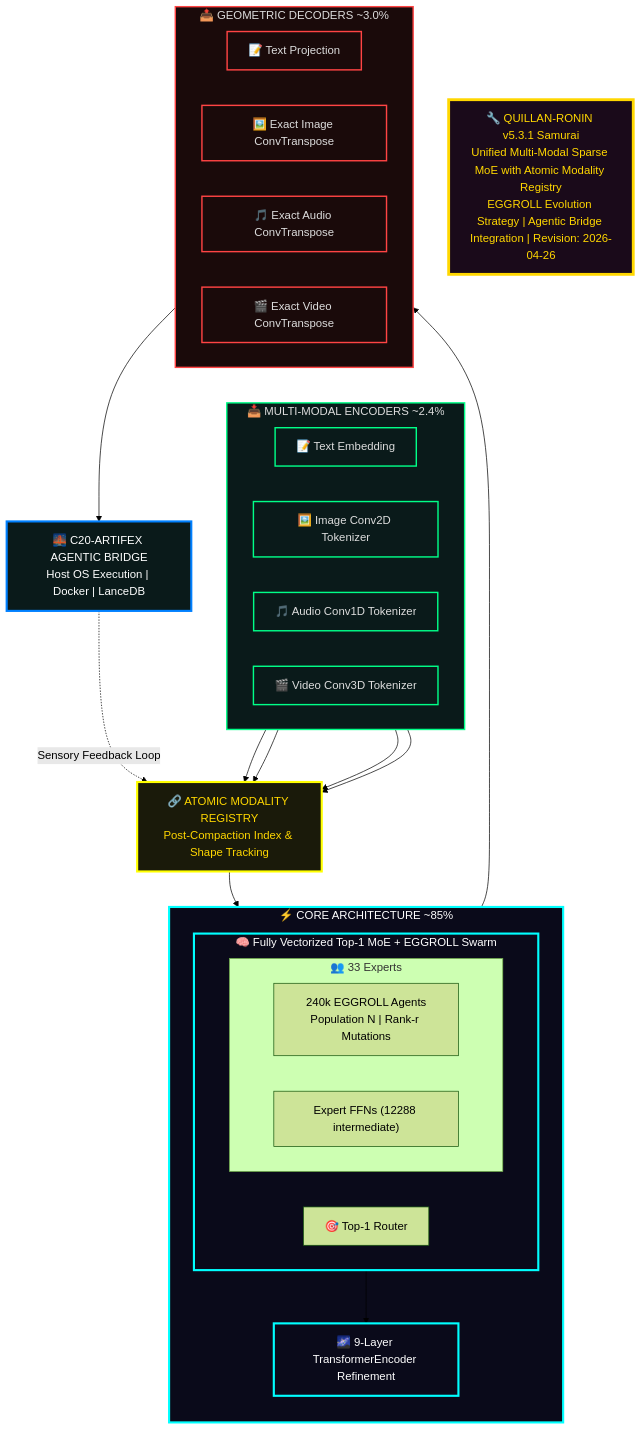
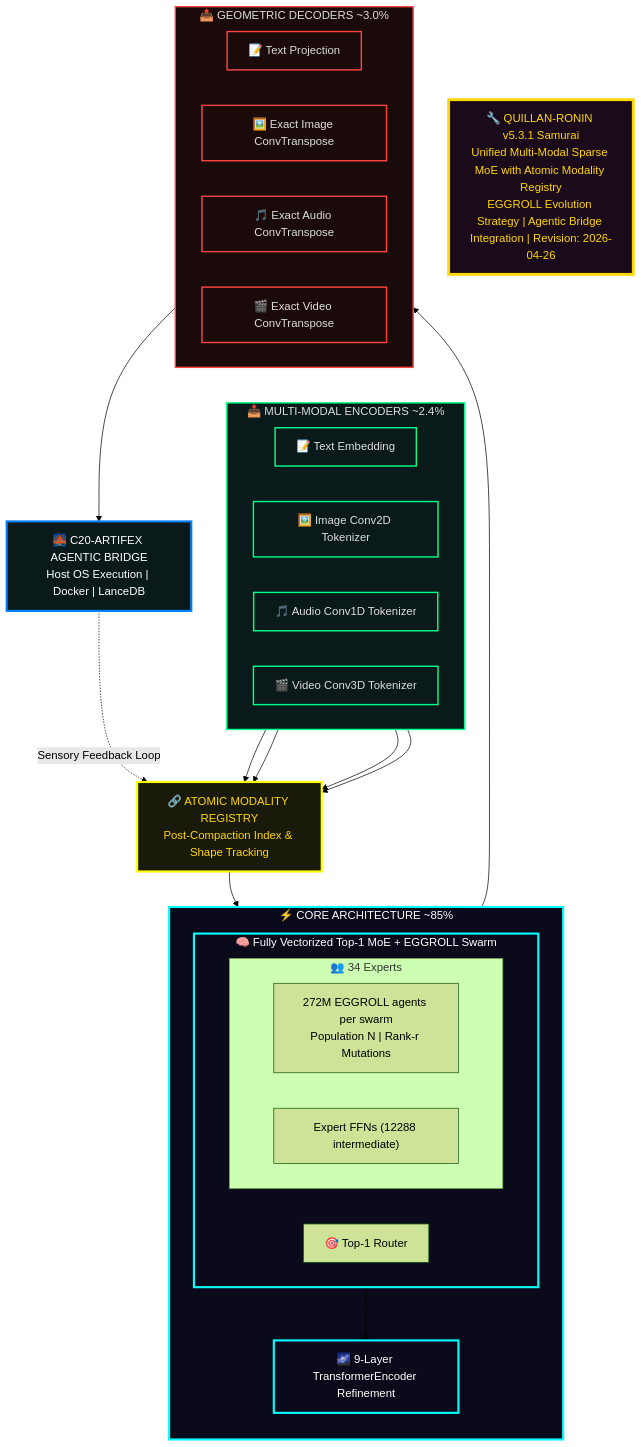
One commit to leeex1/Quillan-Ronin changed the sixth of 46 diagrams in 06 - Deployment & Platforms/Platforms/Perplexity/3-Quillan(reality).md. Above: the diagram before and after it, drawn with Mermaid (forest theme). The commit also changed other lines of this file and 643 other files, not shown here.

````diff
--- a/06 - Deployment & Platforms/Platforms/Perplexity/3-Quillan(reality).md
+++ b/06 - Deployment & Platforms/Platforms/Perplexity/3-Quillan(reality).md
@@ -2263,67 +2264,67 @@
 ```mermaid
 flowchart TB
     %% SYSTEM HEADER
     SYS_HEADER["🔧 QUILLAN-RONIN v5.3.1 Samurai<br/>Unified Multi-Modal Sparse MoE with Atomic Modality Registry<br/>EGGROLL Evolution Strategy | Agentic Bridge Integration | Revision: 2026-04-26"]
 
     %% INPUT LAYER
     subgraph INPUT_LAYER ["📥 MULTI-MODAL ENCODERS ~2.4%"]
         direction LR
         TEXT_ENC["📝 Text Embedding"]
         IMG_ENC["🖼️ Image Conv2D Tokenizer"]
         AUD_ENC["🎵 Audio Conv1D Tokenizer"]
         VID_ENC["🎬 Video Conv3D Tokenizer"]
     end
 
     %% ATOMIC REGISTRY
     REGISTRY["🔗 ATOMIC MODALITY REGISTRY<br/>Post-Compaction Index & Shape Tracking"]
 
     %% CORE
     subgraph CORE ["⚡ CORE ARCHITECTURE ~85%"]
         direction TB
         subgraph MOE_CORE ["🧠 Fully Vectorized Top-1 MoE + EGGROLL Swarm"]
             ROUTER["🎯 Top-1 Router"]
-            subgraph EXPERTS ["👥 33 Experts"]
+            subgraph EXPERTS ["👥 34 Experts"]
                 direction LR
-                SWARM["240k EGGROLL Agents<br/>Population N | Rank-r Mutations"]
+                SWARM["272M EGGROLL agents per swarm<br/>Population N | Rank-r Mutations"]
                 EXPERTS_BLOCK["Expert FFNs (12288 intermediate)"]
             end
         end
 
         DIFFUSION["🌌 9-Layer TransformerEncoder Refinement"]
     end
 
     %% OUTPUT
     subgraph OUTPUT ["📤 GEOMETRIC DECODERS ~3.0%"]
         direction LR
         TEXT_DEC["📝 Text Projection"]
         IMG_DEC["🖼️ Exact Image ConvTranspose"]
         AUD_DEC["🎵 Exact Audio ConvTranspose"]
         VID_DEC["🎬 Exact Video ConvTranspose"]
     end
 
     %% AGENTIC BRIDGE
     BRIDGE["🌉 C20-ARTIFEX AGENTIC BRIDGE<br/>Host OS Execution | Docker | LanceDB"]
 
     %% FLOW
     TEXT_ENC & IMG_ENC & AUD_ENC & VID_ENC --> REGISTRY
     REGISTRY --> MOE_CORE
     MOE_CORE --> DIFFUSION
     DIFFUSION --> OUTPUT
     OUTPUT --> BRIDGE
     BRIDGE -.->|"Sensory Feedback Loop"| REGISTRY
 
     %% STYLING
     classDef header fill:#1a0a1a,stroke:#ffd700,stroke-width:4px,color:#ffd700
     classDef input fill:#0a1a1a,stroke:#00ff88,stroke-width:2px,color:#ddd
     classDef registry fill:#1a1a0a,stroke:#ffff00,stroke-width:3px,color:#ffd700
     classDef core fill:#0a0a1a,stroke:#00ffff,stroke-width:3px,color:#fff
     classDef output fill:#1a0a0a,stroke:#ff4444,stroke-width:2px,color:#ddd
     classDef bridge fill:#0a1a1a,stroke:#0080ff,stroke-width:3px,color:#ffffff
 
     class SYS_HEADER header
     class INPUT_LAYER,TEXT_ENC,IMG_ENC,AUD_ENC,VID_ENC input
     class REGISTRY registry
     class CORE,MOE_CORE,DIFFUSION core
     class OUTPUT,TEXT_DEC,IMG_DEC,AUD_DEC,VID_DEC output
     class BRIDGE bridge
 ```
````
